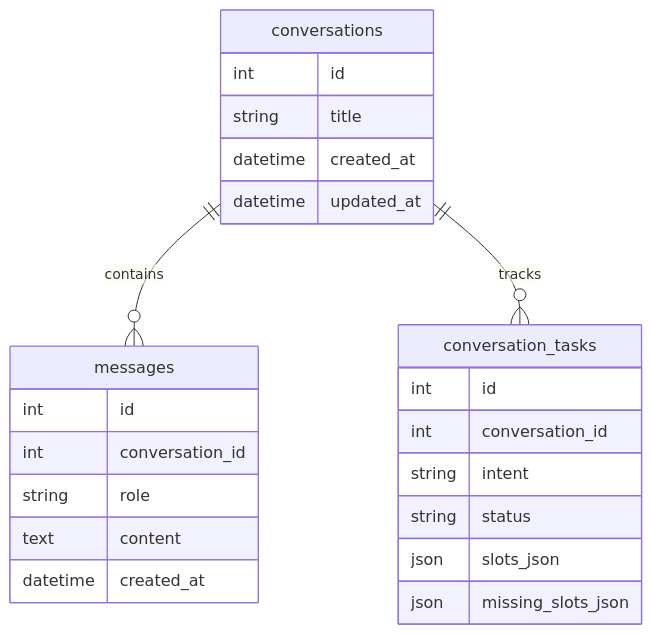
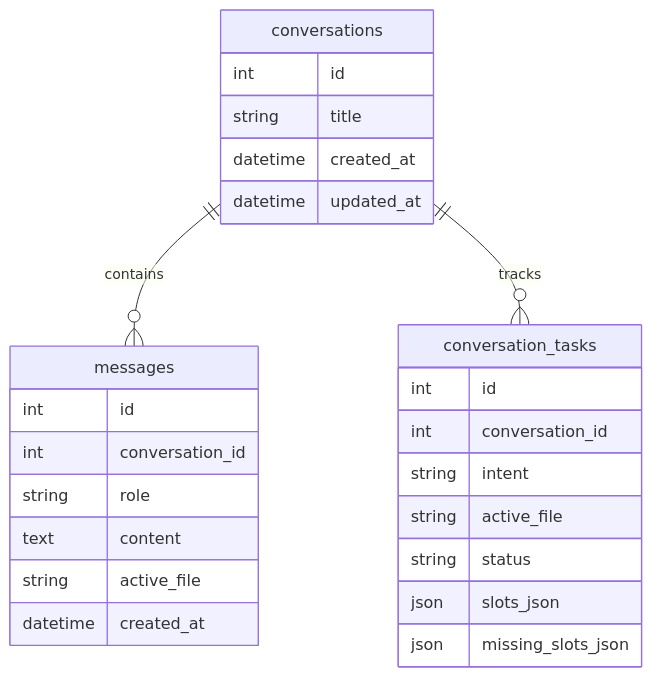
Before and after one commit to iiicellled/Clean-Code-Agent: the second of 2 diagrams in README.md, drawn with Mermaid. The commit also changed other lines of this file and 5 other files, not shown here.

````diff
--- a/README.md
+++ b/README.md
@@ -224,27 +227,29 @@
 ```mermaid
 erDiagram
     conversations ||--o{ messages : contains
     conversations ||--o{ conversation_tasks : tracks
 
     conversations {
         int id
         string title
         datetime created_at
         datetime updated_at
     }
     messages {
         int id
         int conversation_id
         string role
         text content
+        string active_file
         datetime created_at
     }
     conversation_tasks {
         int id
         int conversation_id
         string intent
+        string active_file
         string status
         json slots_json
         json missing_slots_json
     }
 ```
````
